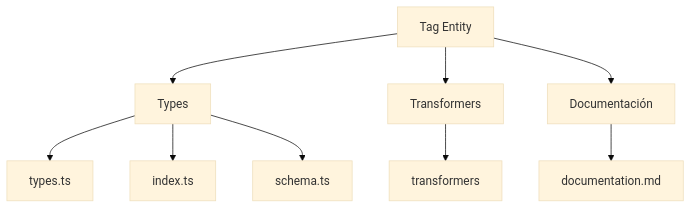
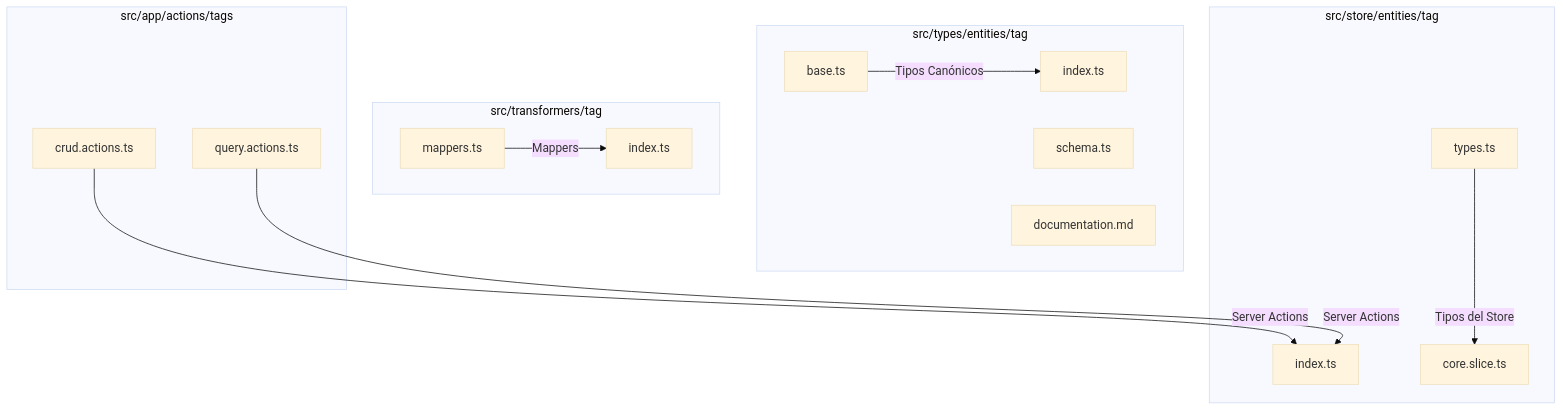
Before and after one commit to gvastethecreator/media-manager: the first of 2 diagrams in src/types/entities/tag/documentation.md, drawn with Mermaid (base theme). The commit also changed other lines of this file and 235 other files, not shown here.

````diff
--- a/src/types/entities/tag/documentation.md
+++ b/src/types/entities/tag/documentation.md
@@ -9,11 +9,27 @@
 ```mermaid
 graph TD
-    A[Tag Entity] --> B[Types]
-    A --> C[Transformers]
-    A --> D[Documentación]
-    B --> B1[types.ts]
-    B --> B2[index.ts]
-    B --> B3[schema.ts]
-    C --> C1[transformers]
-    D --> D1[documentation.md]
+    subgraph "src/types/entities/tag"
+        A[base.ts]
+        B[index.ts]
+        C[schema.ts]
+        D[documentation.md]
+    end
+    subgraph "src/transformers/tag"
+        E[mappers.ts]
+        F[index.ts]
+    end
+    subgraph "src/app/actions/tags"
+        G[crud.actions.ts]
+        H[query.actions.ts]
+    end
+    subgraph "src/store/entities/tag"
+        I[index.ts]
+        J[types.ts]
+        K[core.slice.ts]
+    end
+
+    A -- "Tipos Canónicos" --> B
+    E -- "Mappers" --> F
+    G & H -- "Server Actions" --> I
+    J -- "Tipos del Store" --> K
 ```
````
